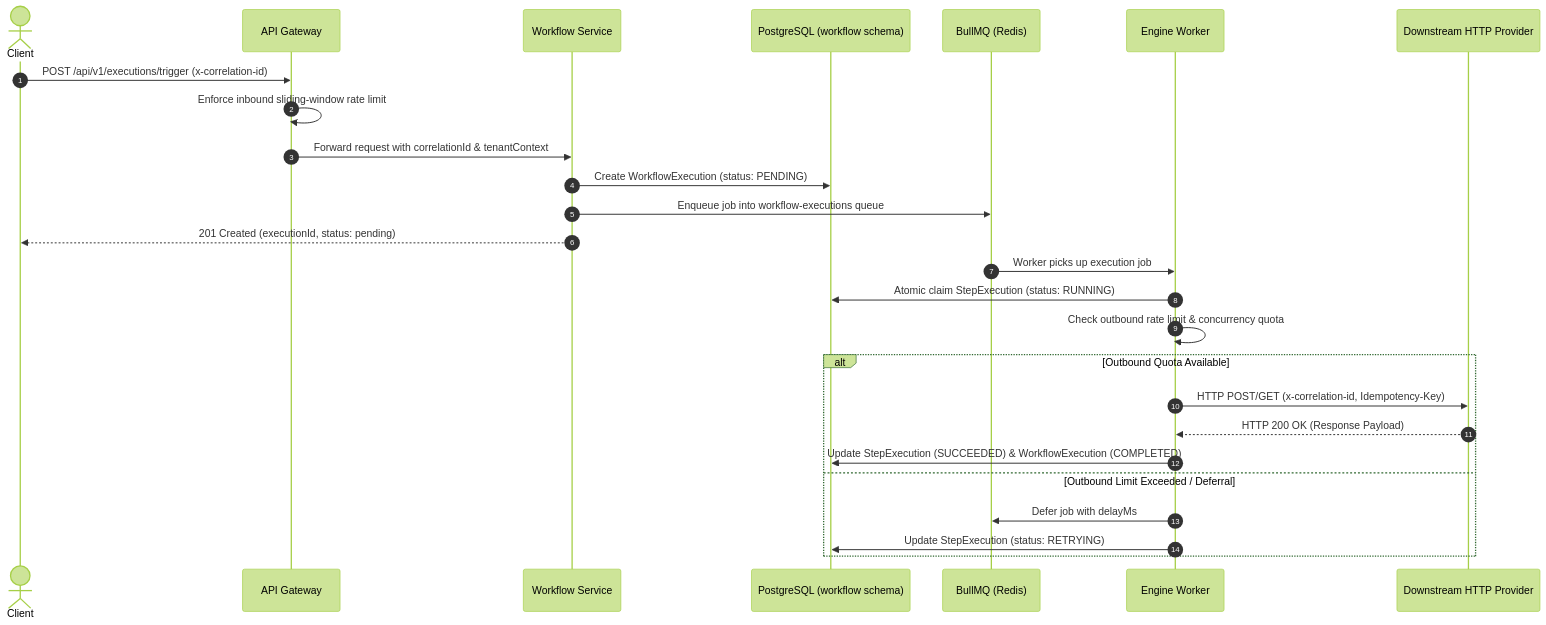
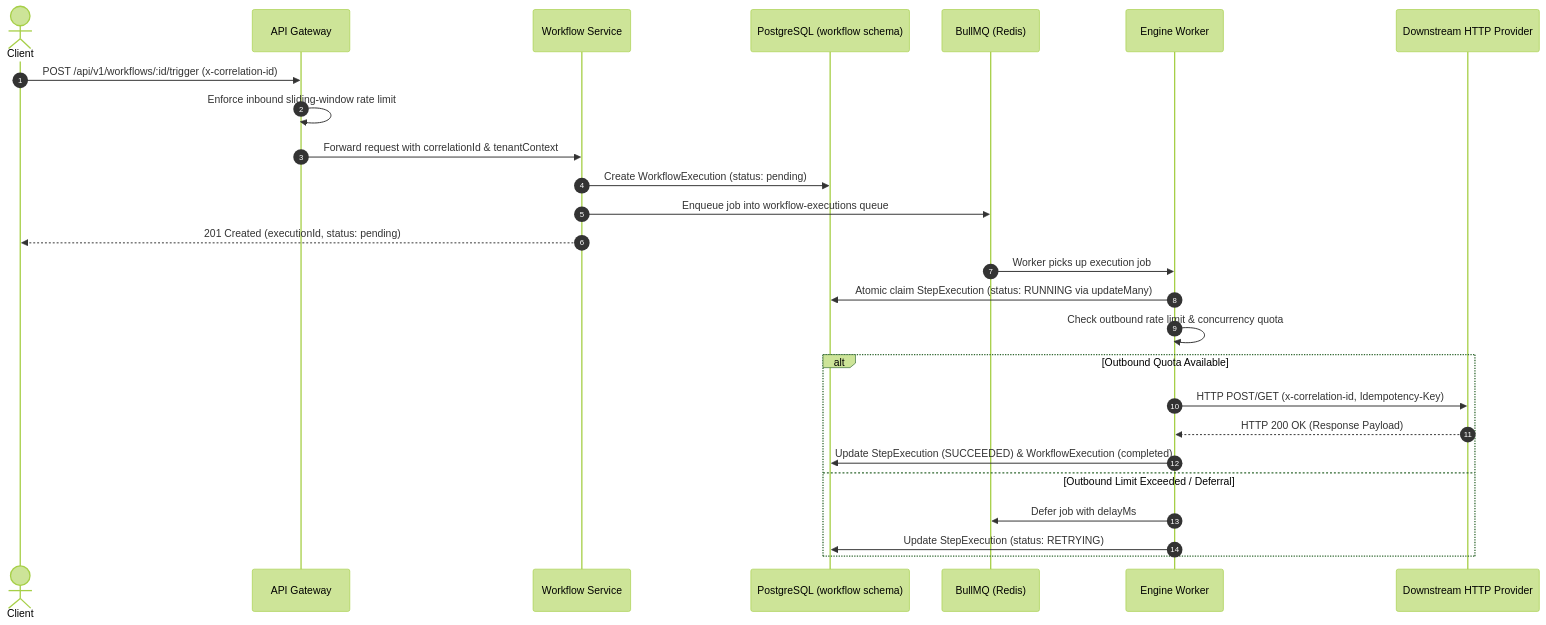
One commit to NabarupDev/ForgeGate changed the first of 3 diagrams in docs/architecture/system-design.md. Above: the diagram before and after it, drawn with Mermaid (forest theme). The commit also changed other lines of this file and 3 other files, not shown here.

Commit message:
feat: update OpenAPI specification and architecture documentation to include new auth, workflow, monitoring, and dead-letter queue endpoints.

````diff
--- a/docs/architecture/system-design.md
+++ b/docs/architecture/system-design.md
@@ -70,31 +70,31 @@
 ```mermaid
 sequenceDiagram
     autonumber
     actor Client
     participant Gateway as API Gateway
     participant WorkflowAPI as Workflow Service
     participant DB as PostgreSQL (workflow schema)
     participant Queue as BullMQ (Redis)
     participant Worker as Engine Worker
     participant Provider as Downstream HTTP Provider
 
-    Client->>Gateway: POST /api/v1/executions/trigger (x-correlation-id)
+    Client->>Gateway: POST /api/v1/workflows/:id/trigger (x-correlation-id)
     Gateway->>Gateway: Enforce inbound sliding-window rate limit
     Gateway->>WorkflowAPI: Forward request with correlationId & tenantContext
-    WorkflowAPI->>DB: Create WorkflowExecution (status: PENDING)
+    WorkflowAPI->>DB: Create WorkflowExecution (status: pending)
     WorkflowAPI->>Queue: Enqueue job into workflow-executions queue
     WorkflowAPI-->>Client: 201 Created (executionId, status: pending)
 
     Queue->>Worker: Worker picks up execution job
-    Worker->>DB: Atomic claim StepExecution (status: RUNNING)
+    Worker->>DB: Atomic claim StepExecution (status: RUNNING via updateMany)
     Worker->>Worker: Check outbound rate limit & concurrency quota
 
     alt Outbound Quota Available
         Worker->>Provider: HTTP POST/GET (x-correlation-id, Idempotency-Key)
         Provider-->>Worker: HTTP 200 OK (Response Payload)
-        Worker->>DB: Update StepExecution (SUCCEEDED) & WorkflowExecution (COMPLETED)
+        Worker->>DB: Update StepExecution (SUCCEEDED) & WorkflowExecution (completed)
     else Outbound Limit Exceeded / Deferral
         Worker->>Queue: Defer job with delayMs
         Worker->>DB: Update StepExecution (status: RETRYING)
     end
 ```
````
